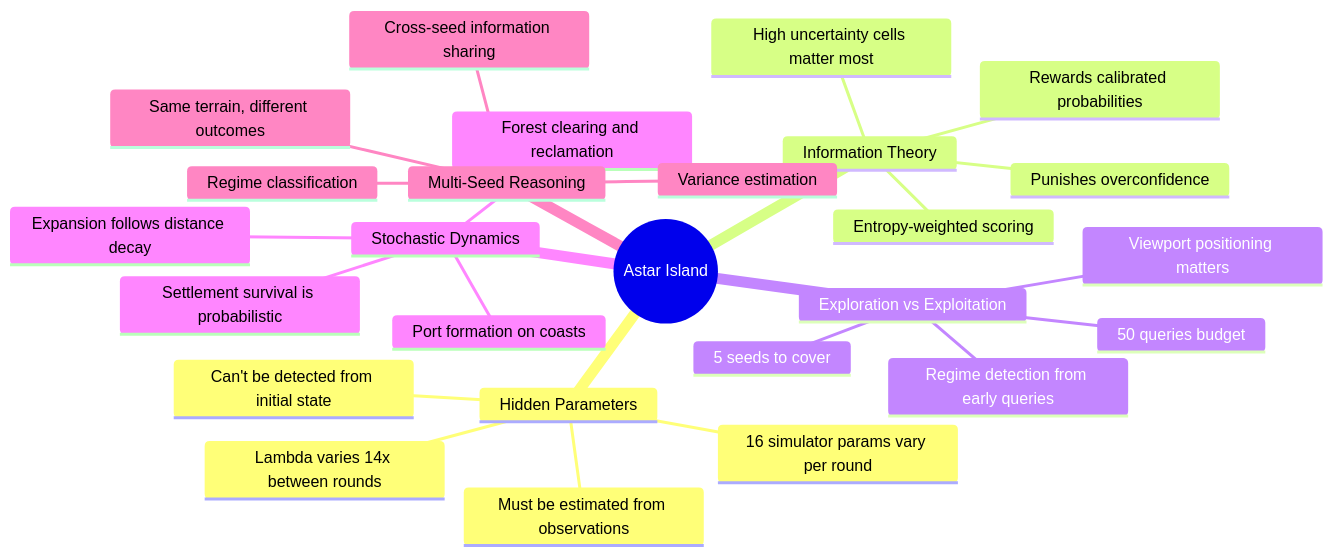
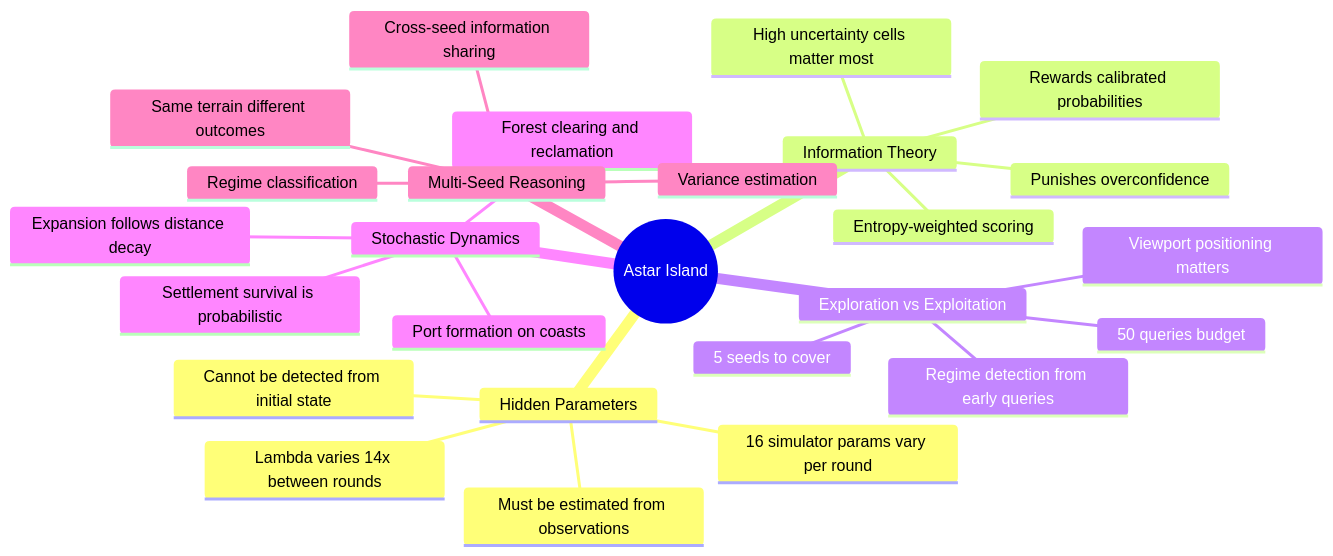
Before and after one commit to dagthomas/Synthetic_Synapses_NMIAI: the first of 11 diagrams in dagthomas/astar-island-solution/AUTO_RESEARCH.md, drawn with Mermaid. The commit also changed other lines of this file and 2 other files, not shown here.

````diff
--- a/dagthomas/astar-island-solution/AUTO_RESEARCH.md
+++ b/dagthomas/astar-island-solution/AUTO_RESEARCH.md
@@ -22,29 +22,29 @@
 ```mermaid
 mindmap
     root((Astar Island))
         Hidden Parameters
             16 simulator params vary per round
             Lambda varies 14x between rounds
-            Can't be detected from initial state
+            Cannot be detected from initial state
             Must be estimated from observations
         Information Theory
             Entropy-weighted scoring
             High uncertainty cells matter most
             Rewards calibrated probabilities
             Punishes overconfidence
         Exploration vs Exploitation
             50 queries budget
             5 seeds to cover
             Viewport positioning matters
             Regime detection from early queries
         Stochastic Dynamics
             Settlement survival is probabilistic
             Expansion follows distance decay
             Forest clearing and reclamation
             Port formation on coasts
         Multi-Seed Reasoning
-            Same terrain, different outcomes
+            Same terrain different outcomes
             Cross-seed information sharing
             Variance estimation
             Regime classification
 ```
````
